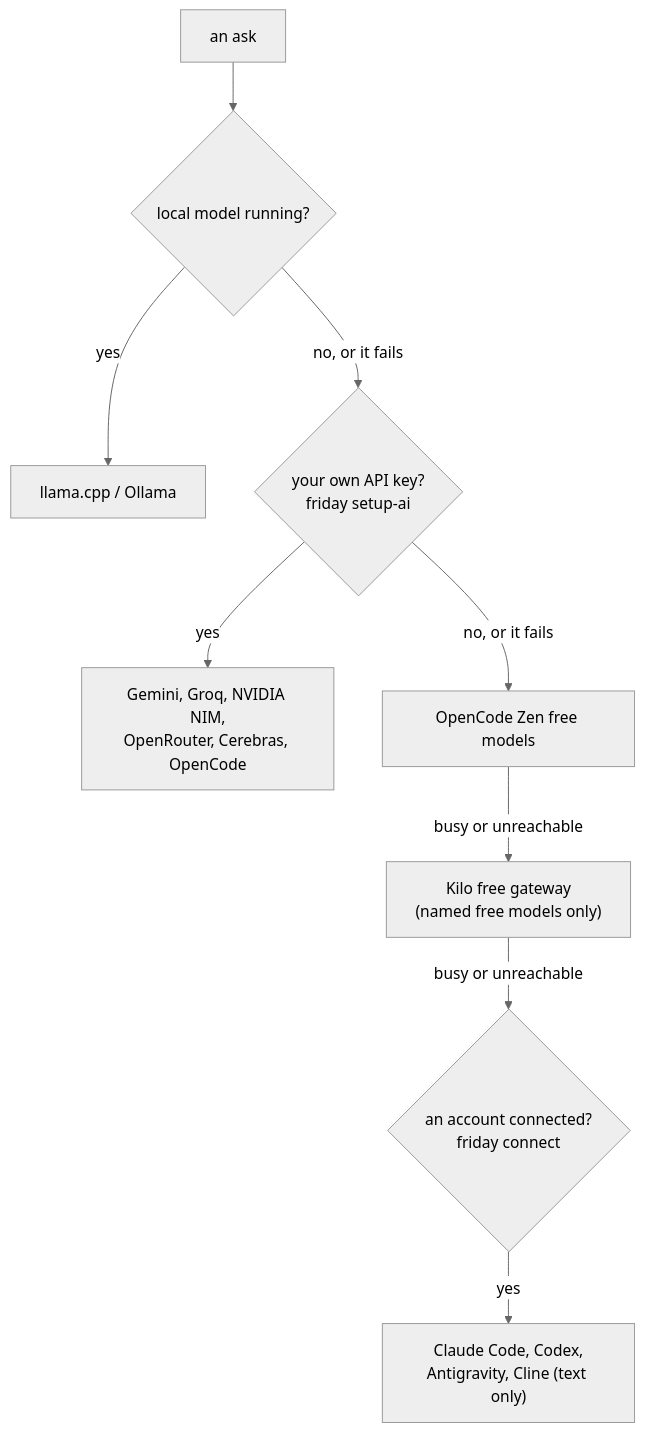
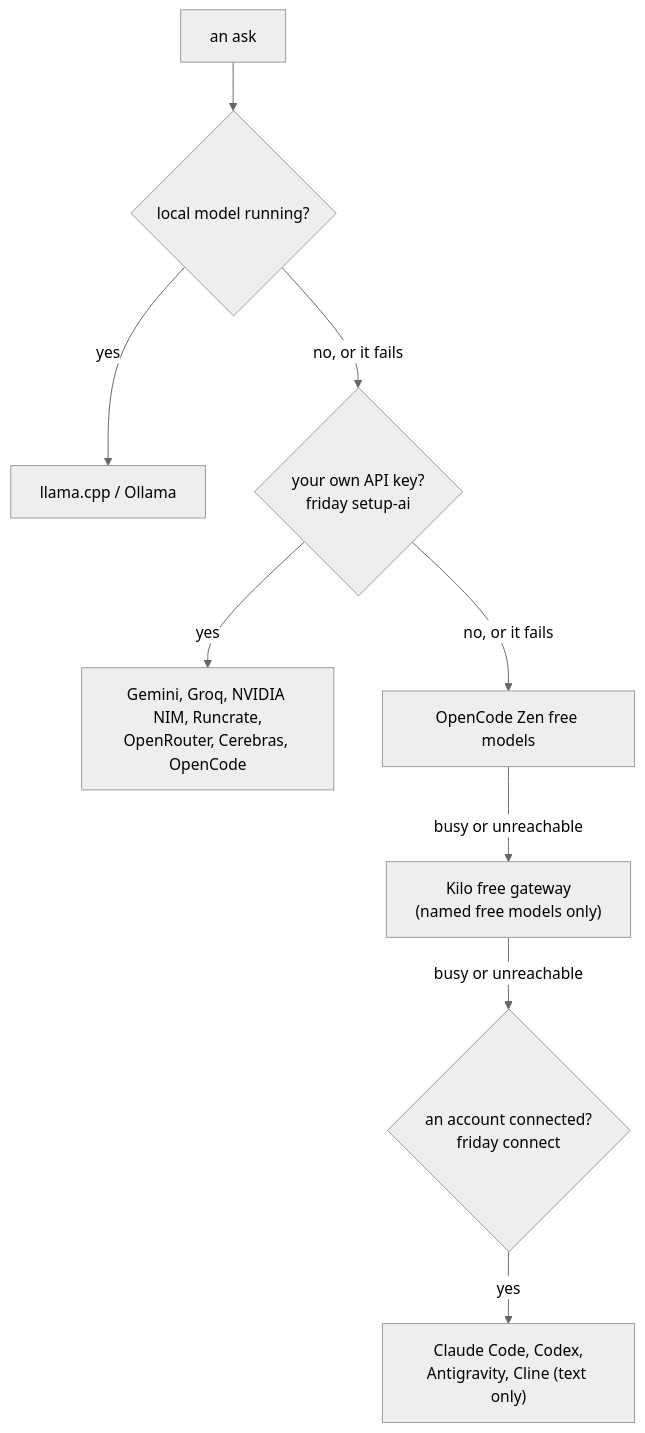
One commit to sreevarshan-xenoz/project-friday changed the fourth of 5 diagrams in README.md. Above: the diagram before and after it, drawn with Mermaid (neutral theme). The commit also changed 7 other files, not shown here.

````diff
--- a/README.md
+++ b/README.md
@@ -121,11 +121,11 @@
 ```mermaid
 flowchart TD
   A["an ask"] --> L{"local model running?"}
   L -->|yes| LM["llama.cpp / Ollama"]
   L -->|no, or it fails| K{"your own API key?<br/>friday setup-ai"}
-  K -->|yes| KP["Gemini, Groq, NVIDIA NIM,<br/>OpenRouter, Cerebras, OpenCode"]
+  K -->|yes| KP["Gemini, Groq, NVIDIA NIM, Runcrate,<br/>OpenRouter, Cerebras, OpenCode"]
   K -->|no, or it fails| Z["OpenCode Zen free models"]
   Z -->|busy or unreachable| KI["Kilo free gateway<br/>(named free models only)"]
   KI -->|busy or unreachable| C{"an account connected?<br/>friday connect"}
   C -->|yes| CP["Claude Code, Codex,<br/>Antigravity, Cline (text only)"]
 ```
````
